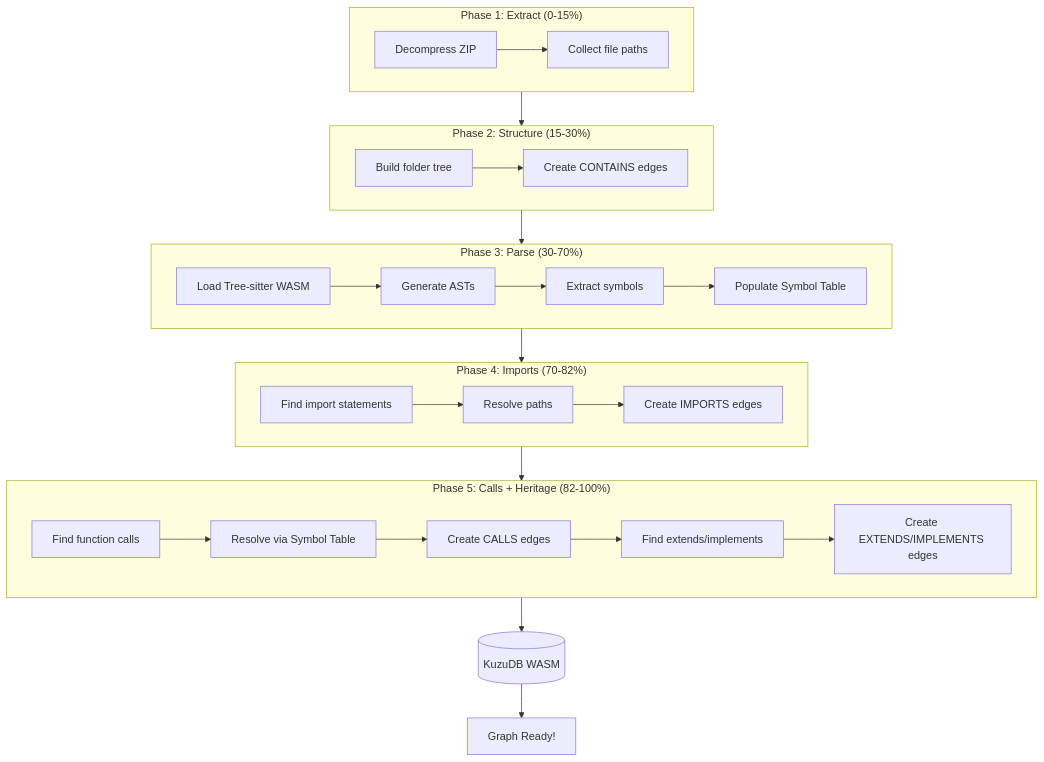
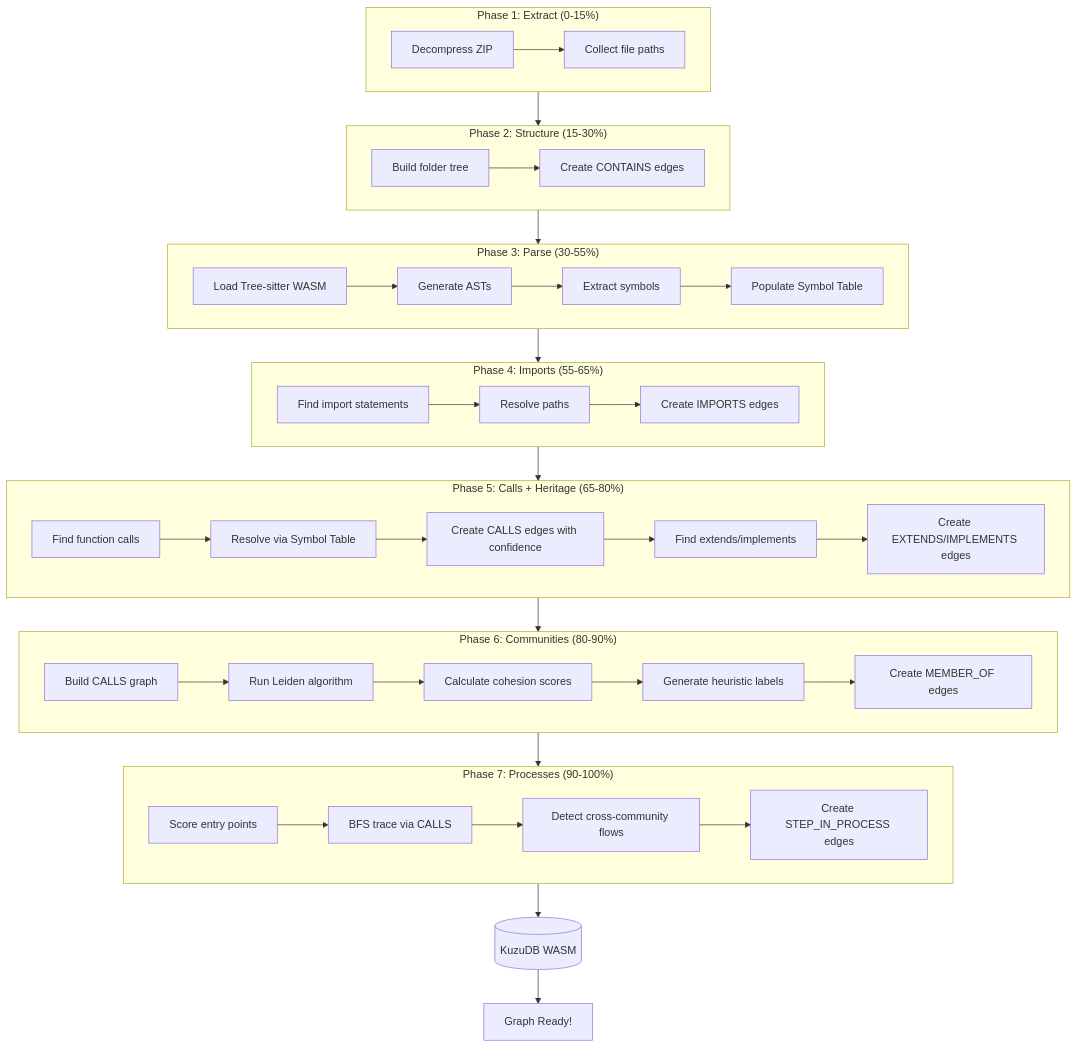
The second of 7 diagrams in README.md (OliverNyx/NexusAI), drawn with Mermaid before and after one commit. The commit also changed other lines of this file and 3 other files, not shown here.

````diff
--- a/README.md
+++ b/README.md
@@ -98,32 +120,45 @@
 ```mermaid
 flowchart TD
     subgraph P1["Phase 1: Extract (0-15%)"]
         E1[Decompress ZIP] --> E2[Collect file paths]
     end
     
     subgraph P2["Phase 2: Structure (15-30%)"]
         S1[Build folder tree] --> S2[Create CONTAINS edges]
     end
     
-    subgraph P3["Phase 3: Parse (30-70%)"]
+    subgraph P3["Phase 3: Parse (30-55%)"]
         PA1[Load Tree-sitter WASM] --> PA2[Generate ASTs]
         PA2 --> PA3[Extract symbols]
         PA3 --> PA4[Populate Symbol Table]
     end
     
-    subgraph P4["Phase 4: Imports (70-82%)"]
+    subgraph P4["Phase 4: Imports (55-65%)"]
         I1[Find import statements] --> I2[Resolve paths]
         I2 --> I3[Create IMPORTS edges]
     end
     
-    subgraph P5["Phase 5: Calls + Heritage (82-100%)"]
+    subgraph P5["Phase 5: Calls + Heritage (65-80%)"]
         C1[Find function calls] --> C2[Resolve via Symbol Table]
-        C2 --> C3[Create CALLS edges]
+        C2 --> C3[Create CALLS edges with confidence]
         C3 --> H1[Find extends/implements]
         H1 --> H2[Create EXTENDS/IMPLEMENTS edges]
     end
     
-    P1 --> P2 --> P3 --> P4 --> P5
-    P5 --> DB[(KuzuDB WASM)]
+    subgraph P6["Phase 6: Communities (80-90%)"]
+        CM1[Build CALLS graph] --> CM2[Run Leiden algorithm]
+        CM2 --> CM3[Calculate cohesion scores]
+        CM3 --> CM4[Generate heuristic labels]
+        CM4 --> CM5[Create MEMBER_OF edges]
+    end
+    
+    subgraph P7["Phase 7: Processes (90-100%)"]
+        PR1[Score entry points] --> PR2[BFS trace via CALLS]
+        PR2 --> PR3[Detect cross-community flows]
+        PR3 --> PR4[Create STEP_IN_PROCESS edges]
+    end
+    
+    P1 --> P2 --> P3 --> P4 --> P5 --> P6 --> P7
+    P7 --> DB[(KuzuDB WASM)]
     DB --> READY[Graph Ready!]
 ```
````
